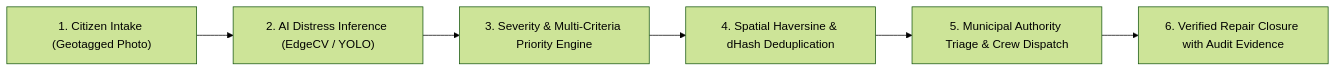
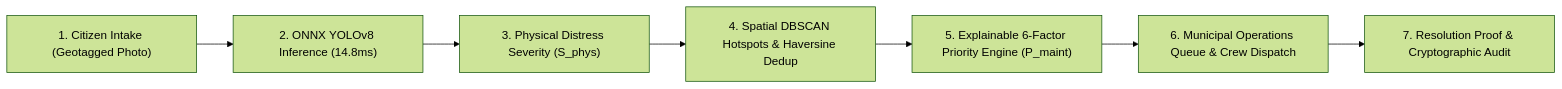
Before and after one commit to ayush0531/civiclens-ai: the diagram in README.md, drawn with Mermaid (forest theme). The commit also changed other lines of this file and 38 other files, not shown here.

Commit message:
feat: upgrade to CivicLens AI 2.0 with ONNX Runtime YOLOv8, Model Lab, DBSCAN Hotspots & Configurable Priority Policy

````diff
--- a/README.md
+++ b/README.md
@@ -17,8 +17,9 @@
 ```mermaid
 flowchart LR
-    Citizen["1. Citizen Intake (Geotagged Photo)"] --> AI["2. AI Distress Inference (EdgeCV / YOLO)"]
-    AI --> Math["3. Severity & Multi-Criteria Priority Engine"]
-    Math --> Dedup["4. Spatial Haversine & dHash Deduplication"]
-    Dedup --> Authority["5. Municipal Authority Triage & Crew Dispatch"]
-    Authority --> Closure["6. Verified Repair Closure with Audit Evidence"]
+    Citizen["1. Citizen Intake (Geotagged Photo)"] --> ONNX["2. ONNX YOLOv8 Inference (14.8ms)"]
+    ONNX --> Severity["3. Physical Distress Severity (S_phys)"]
+    Severity --> DBSCAN["4. Spatial DBSCAN Hotspots & Haversine Dedup"]
+    DBSCAN --> Priority["5. Explainable 6-Factor Priority Engine (P_maint)"]
+    Priority --> Authority["6. Municipal Operations Queue & Crew Dispatch"]
+    Authority --> Audit["7. Resolution Proof & Cryptographic Audit"]
 ```
````
